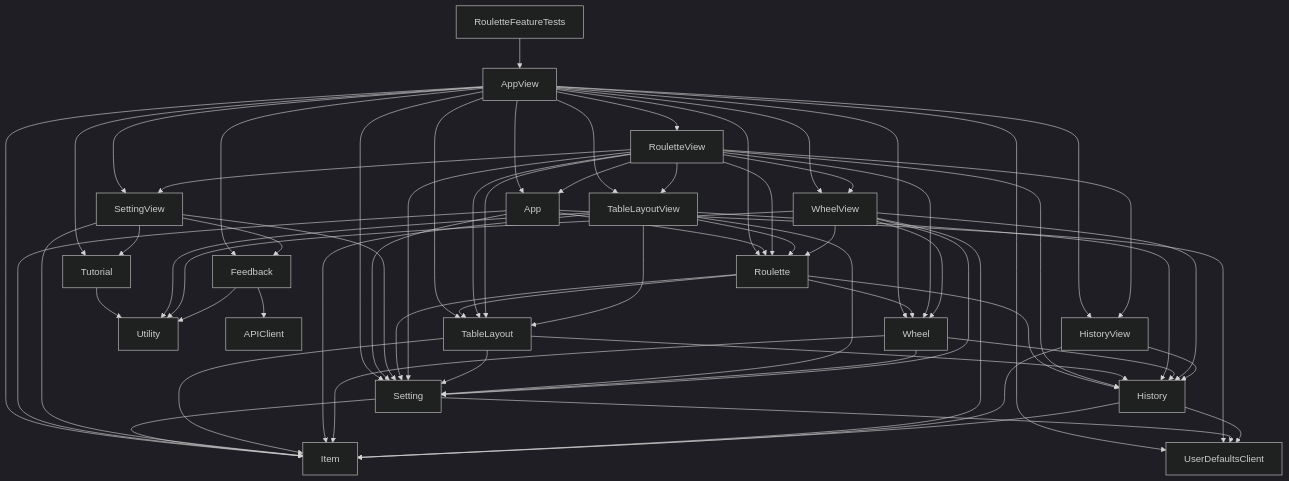
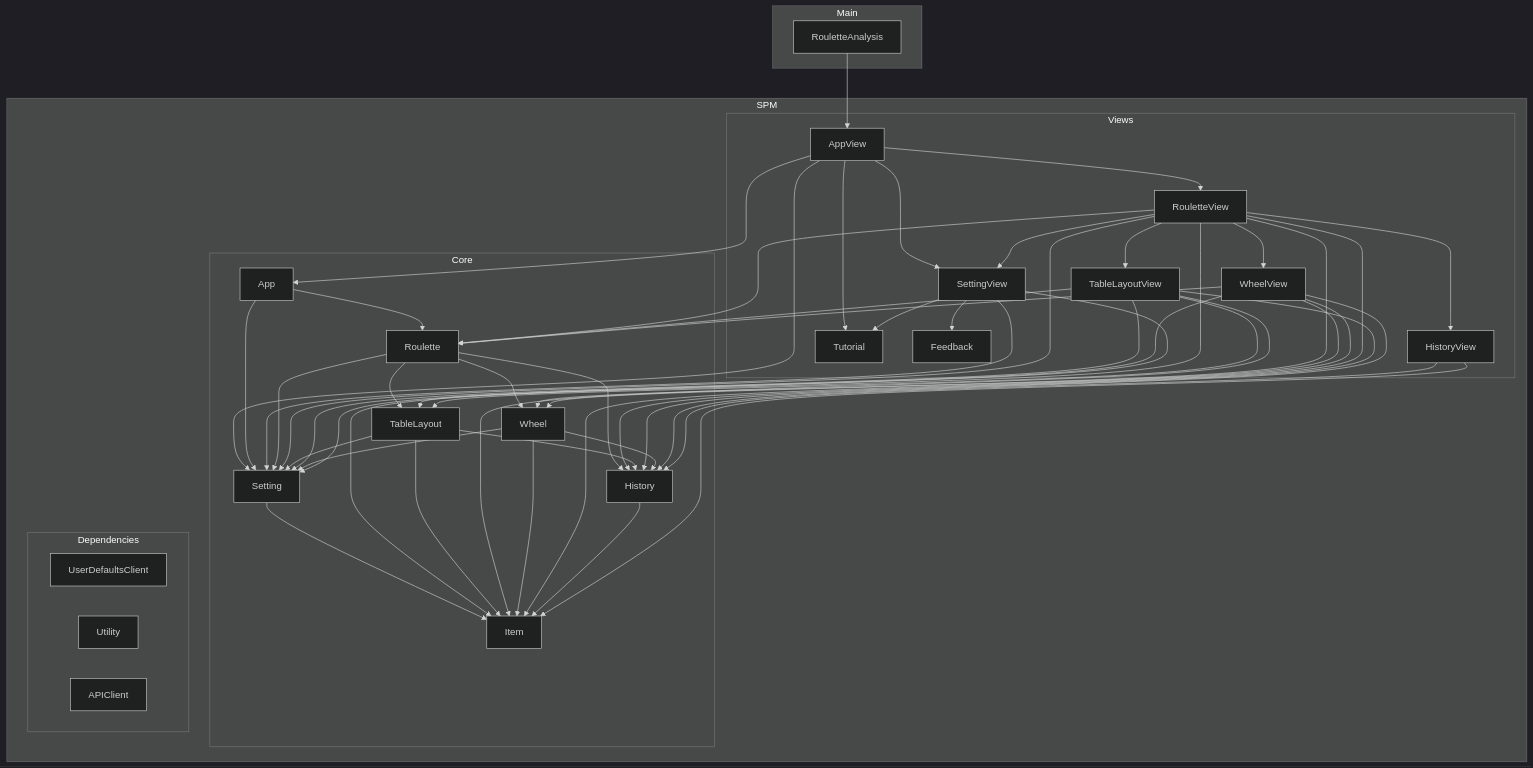
The diagram in README.md (po-miyasaka/RouletteAnalysis), drawn with Mermaid (dark theme) before and after one commit. The commit also changed other lines of this file and 5 other files, not shown here.

Commit message:
Dependencies Graph

````diff
--- a/README.md
+++ b/README.md
@@ -8,68 +11,89 @@
 ```mermaid
-graph TD;
-    AppView-->Item;
-    AppView-->UserDefaultsClient;
-    AppView-->Tutorial;
-    AppView-->Feedback;
-    AppView-->App;
-    AppView-->Setting;
-    AppView-->Wheel;
-    AppView-->TableLayout;
-    AppView-->Roulette;
-    AppView-->SettingView;
-    AppView-->WheelView;
-    AppView-->TableLayoutView;
-    AppView-->RouletteView;
-    AppView-->HistoryView;
-    App-->Item;
-    App-->Setting;
-    App-->Roulette;
-    App-->UserDefaultsClient;
-    Tutorial-->Utility;
-    Setting-->UserDefaultsClient;
-    Setting-->Item;
-    SettingView-->Item;
-    SettingView-->Setting;
-    SettingView-->Tutorial;
-    SettingView-->Feedback;
-    Roulette-->TableLayout;
-    Roulette-->Wheel;
-    Roulette-->History;
-    Roulette-->Setting;
-    RouletteView-->TableLayout;
-    RouletteView-->Wheel;
-    RouletteView-->History;
-    RouletteView-->Setting;
-    RouletteView-->TableLayout;
-    RouletteView-->TableLayoutView;
-    RouletteView-->Roulette;
-    RouletteView-->HistoryView;
-    RouletteView-->SettingView;
-    RouletteView-->WheelView;
-    RouletteView-->App;
-    TableLayout-->History;
-    TableLayout-->Setting;
-    TableLayout-->Item;
-    TableLayoutView-->History;
-    TableLayoutView-->Setting;
-    TableLayoutView-->Item;
-    TableLayoutView-->TableLayout;
-    TableLayoutView-->Roulette;
-    TableLayoutView-->Utility;
-    Wheel-->History;
-    Wheel-->Setting;
-    Wheel-->Item;
-    WheelView-->History;
-    WheelView-->Setting;
-    WheelView-->Item;
-    WheelView-->Wheel;
-    WheelView-->Utility;
-    WheelView-->Roulette;
-    History-->UserDefaultsClient;
-    History-->Item;
-    HistoryView-->Item;
-    HistoryView-->History;
-    Feedback-->Utility;
-    Feedback-->APIClient;
-    RouletteFeatureTests-->AppView;
+graph TB
+
+  subgraph "Main"
+    RouletteAnalysis
+  end
+
+
+subgraph "SPM"
+  subgraph "Core"
+    App
+    Setting
+    Roulette
+    TableLayout
+    Wheel
+    History
+    Item
+  end
+
+  subgraph "Views"
+    AppView
+    SettingView
+    RouletteView
+    TableLayoutView
+    WheelView
+    HistoryView
+    Tutorial
+    Feedback
+  end
+
+　　subgraph "Dependencies"
+    UserDefaultsClient
+    Tutorial
+    Feedback
+    Utility
+    APIClient
+    end
+  end
+
+
+
+　RouletteAnalysis-->AppView
+  AppView-->App
+  AppView-->Tutorial
+  AppView-->Setting
+
+  AppView-->SettingView
+  AppView-->RouletteView
+
+  App-->Setting
+  App-->Roulette
+  Setting-->Item
+  SettingView-->Item
+  SettingView-->Setting
+  SettingView-->Tutorial
+  SettingView-->Feedback
+  Roulette-->TableLayout
+  Roulette-->Wheel
+  Roulette-->History
+  Roulette-->Setting
+  RouletteView-->TableLayout
+  RouletteView-->Wheel
+  RouletteView-->History
+  RouletteView-->Setting
+  RouletteView-->TableLayoutView
+  RouletteView-->Roulette
+  RouletteView-->HistoryView
+  RouletteView-->SettingView
+  RouletteView-->WheelView
+  TableLayout-->History
+  TableLayout-->Setting
+  TableLayout-->Item
+  TableLayoutView-->History
+  TableLayoutView-->Setting
+  TableLayoutView-->Item
+  TableLayoutView-->TableLayout
+  TableLayoutView-->Roulette
+  Wheel-->History
+  Wheel-->Setting
+  Wheel-->Item
+  WheelView-->History
+  WheelView-->Setting
+  WheelView-->Item
+  WheelView-->Wheel
+  WheelView-->Roulette
+  History-->Item
+  HistoryView-->Item
+  HistoryView-->History
 ```
````
